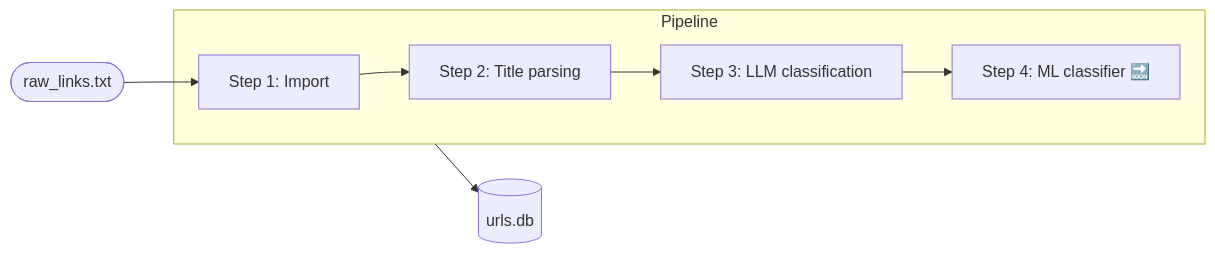
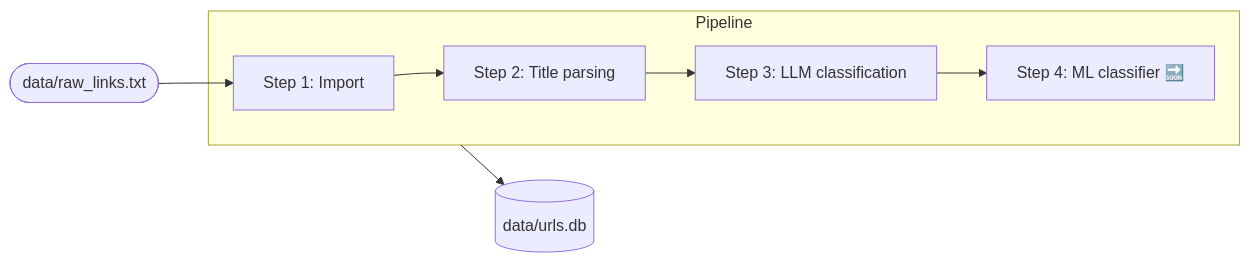
One commit to ioncat/web-page-classifier changed the first of 4 diagrams in README.md. Above: the diagram before and after it, drawn with Mermaid. The commit also changed other lines of this file and 2 other files, not shown here.

````diff
--- a/README.md
+++ b/README.md
@@ -31,13 +31,13 @@
 ```mermaid
 flowchart LR
-    A([raw_links.txt]) --> B
+    A([data/raw_links.txt]) --> B
 
     subgraph pipeline ["Pipeline"]
         B["Step 1: Import"]
         B --> C["Step 2: Title parsing"]
         C --> D["Step 3: LLM classification"]
         D --> E["Step 4: ML classifier 🔜"]
     end
 
-    pipeline --> F[(urls.db)]
+    pipeline --> F[(data/urls.db)]
 ```
````
